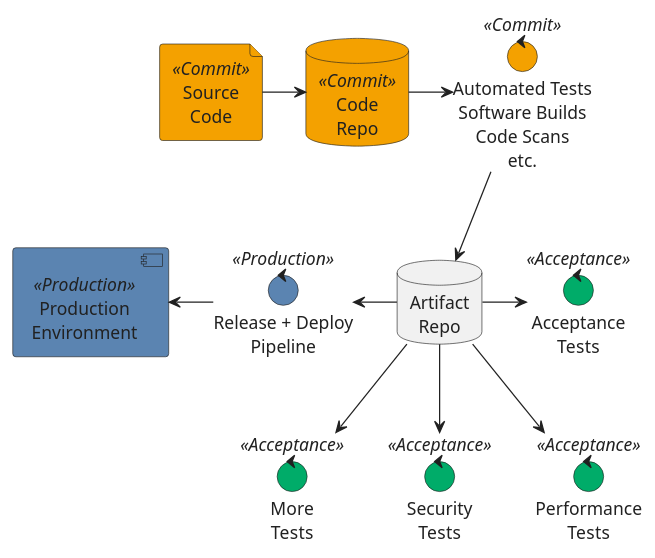
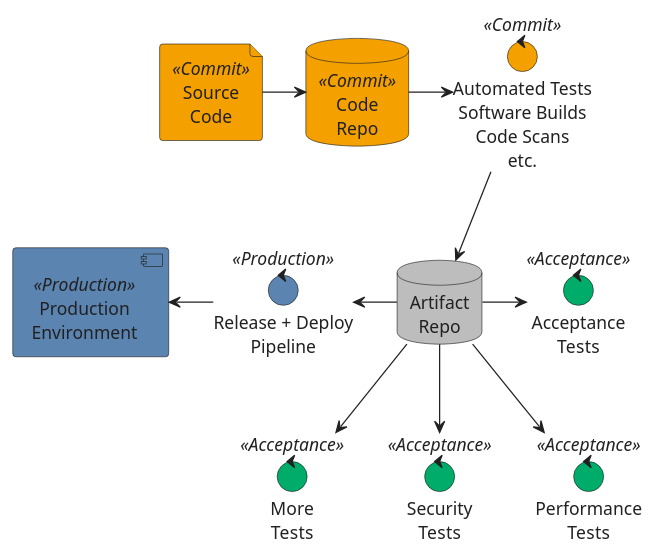
Before and after one commit to sommerfeld-io/website: the diagram in docs/modules/ROOT/pages/development/guidelines.adoc, drawn with PlantUML. The commit also changed 1 other file, not shown here.

Commit message:
puml design update

```diff
--- a/docs/modules/ROOT/pages/development/guidelines.adoc
+++ b/docs/modules/ROOT/pages/development/guidelines.adoc
@@ -81,66 +81,67 @@
 [plantuml, puml-build-image, svg]
 ----
 @startuml
 
 'skinparam linetype ortho
 skinparam monochrome false
 skinparam componentStyle uml2
 skinparam backgroundColor transparent
 skinparam ArrowColor #212121
 skinparam NoteBorderColor #212121
 skinparam NoteFontColor #212121
 skinparam NoteBackgroundColor transparent
 skinparam ComponentBorderColor #212121
 skinparam ComponentFontColor #212121
 skinparam DatabaseBorderColor #212121
+skinparam DatabaseBackgroundColor #bdbdbd
 skinparam DatabaseFontColor #212121
 skinparam FileBorderColor #212121
 skinparam FileFontColor #212121
 skinparam ControlBorderColor #212121
 skinparam ControlFontColor #212121
 skinparam RectangleBackgroundColor transparent
 skinparam RectangleBorderColor #212121
 skinparam RectangleFontColor #212121
 skinparam ControlBackgroundColor transparent
 skinparam ControlBorderColor #212121
 skinparam ControlFontColor #212121
 skinparam HexagonBackgroundColor transparent
 skinparam HexagonBorderColor #212121
 skinparam HexagonFontColor #212121
 skinparam ArtifactBorderColor #212121
 skinparam ArtifactFontColor #212121
 skinparam defaultTextAlignment center
 skinparam activity {
     'FontName Ubuntu
     FontName Roboto
 }
 
 database artifact_repo as "Artifact\nRepo"
 
 file code as "Source\nCode" <<Commit>> #f4a100
 database code_repo as "Code\nRepo" <<Commit>> #f4a100
 control ci as "Automated Tests\nSoftware Builds\nCode Scans\netc." <<Commit>> #f4a100
 
 code -> code_repo
 code_repo -right-> ci
 ci -down-> artifact_repo
 
 control more as "More\nTests" <<Acceptance>> #00ac69
 control acceptance as "Acceptance\nTests" <<Acceptance>> #00ac69
 control security as "Security\nTests" <<Acceptance>> #00ac69
 control performance as "Performance\nTests" <<Acceptance>> #00ac69
 artifact_repo -right-> acceptance
 artifact_repo -down-> security
 artifact_repo -down-> performance
 artifact_repo -down-> more
 
 control deploy as "Release + Deploy\nPipeline" <<Production>> #5b84b1
 component prod as "Production\nEnvironment" <<Production>> #5b84b1
 
 artifact_repo -left-> deploy
 deploy -left-> prod
 
 code_repo -[hidden]right- artifact_repo
 
 @enduml
 ----
```
